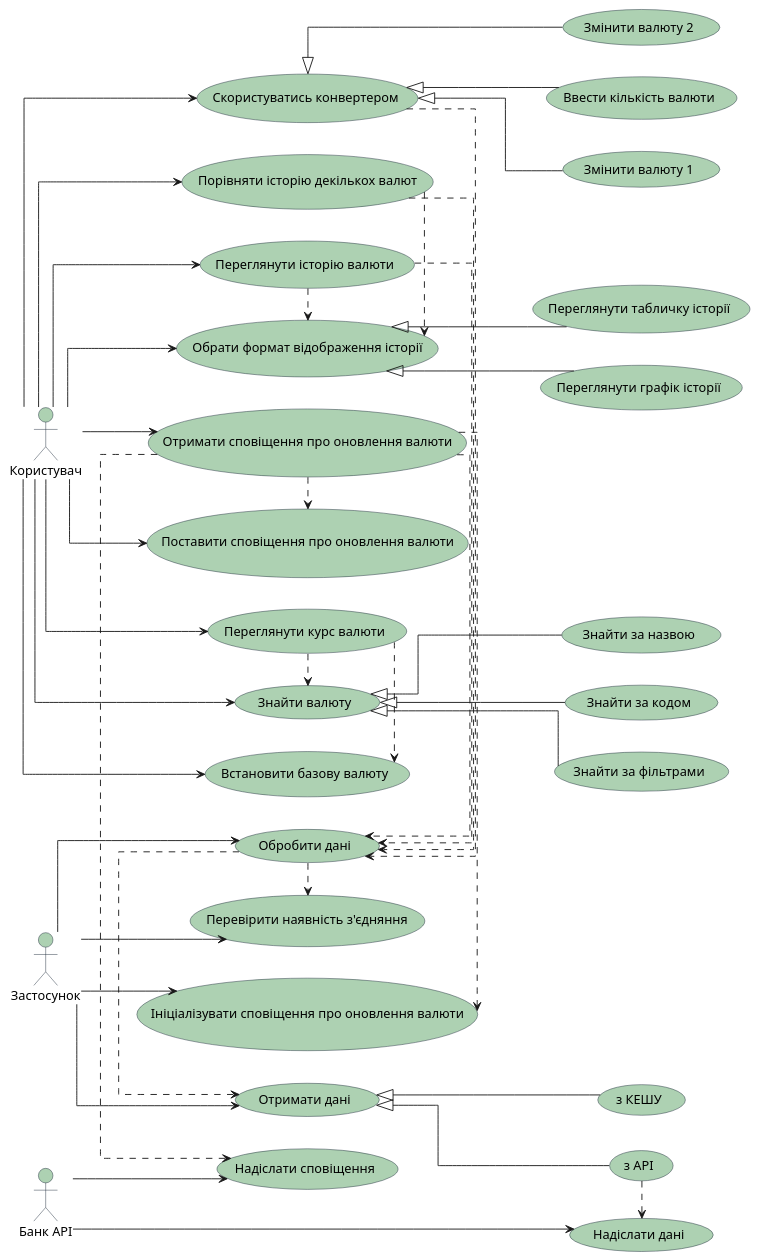
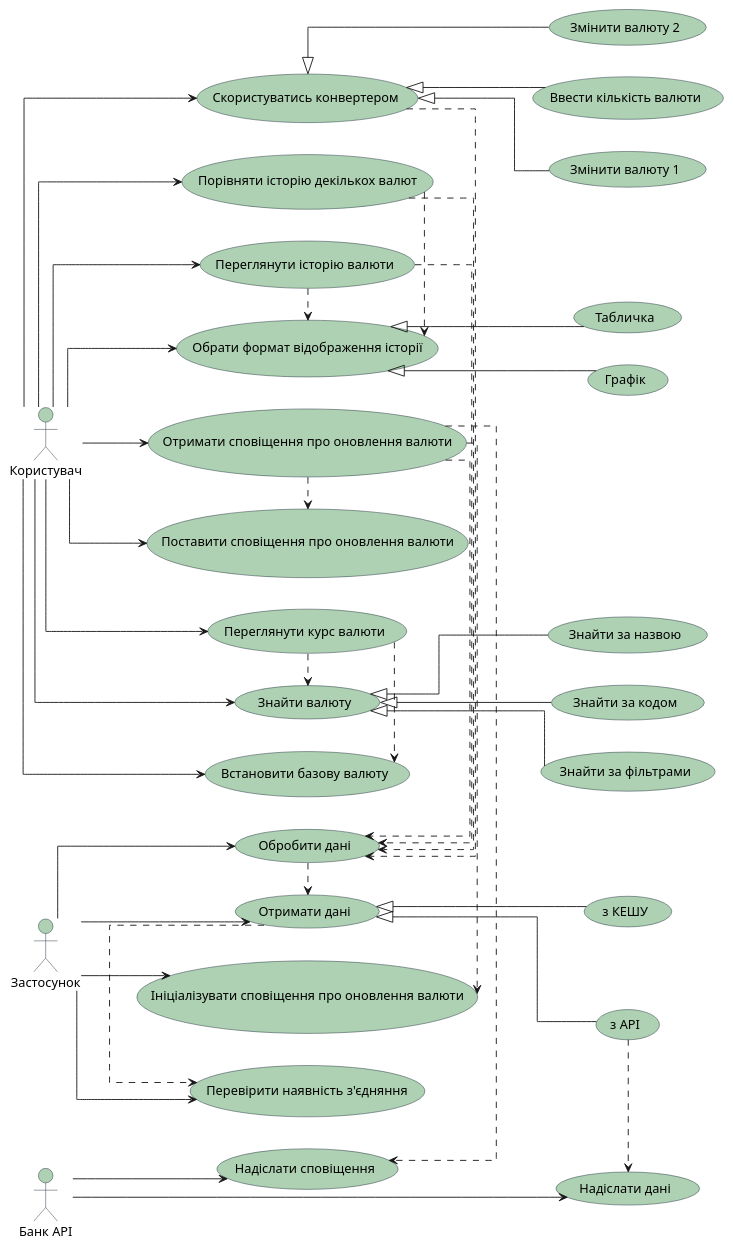
One commit to MihajloVat/KPI_labs_3_sem changed the diagram in lab2/UC/UC.puml. Above: the diagram before and after it, drawn with PlantUML. The commit also changed 2 other files, not shown here.

```diff
--- a/lab2/UC/UC.puml
+++ b/lab2/UC/UC.puml
@@ -1,93 +1,93 @@
 @startuml
 left to right direction
 skinparam packageStyle rectangle
 skinparam usecaseBorderColor #1D2A3B
 skinparam usecaseBackgroundColor #ADD1B2
 skinparam actorBorderColor #1D2A3B
 skinparam actorBackgroundColor #ADD1B2
 skinparam linetype ortho
 
 actor Користувач as User
 actor "Банк API" as BankAPI
 actor Застосунок as App
 
-(Знайти валюту) as FindCurrency
+(Знайти валюту) as FindCurr
 (Знайти за назвою) as FindByName
 (Знайти за кодом) as FindByCode
 (Знайти за фільтрами) as FindByFilters
-(Встановити базову валюту) as SetBaseCurrency
-(Переглянути курс валюти) as ViewCurrencyRate
+(Встановити базову валюту) as SetBaseCurr
+(Переглянути курс валюти) as ViewCurrRate
 (Скористуватись конвертером) as UseConverter
-(Змінити валюту 1) as ChangeCurrency1
-(Змінити валюту 2) as ChangeCurrency2
+(Змінити валюту 1) as ChangeCurr1
+(Змінити валюту 2) as ChangeCurr2
 (Ввести кількість валюти) as EnterAmount
 (Переглянути історію валюти) as ViewHistory
 (Порівняти історію декількох валют) as CompareHistory
 (Обрати формат відображення історії) as SelectHistoryFormat
-(Переглянути графік історії) as ViewChart
-(Переглянути табличку історії) as ViewTable
+(Графік) as Chart
+(Табличка) as Table
 (Поставити сповіщення про оновлення валюти) as SetAlert
 (Отримати сповіщення про оновлення валюти) as GetAlert
-
 (Надіслати дані) as SendData
-(Надіслати сповіщення) as SendNotification
+(Надіслати сповіщення) as SendNotif
 (Отримати дані) as GetData
 (Перевірити наявність з'єдняння) as CheckConnection
-(Обробити дані) as ProcessData
+(Обробити дані) as ProcData
 (Ініціалізувати сповіщення про оновлення валюти) as InitAlert
 (з АPI) as FromAPI
 (з КЕШУ) as FromCache
 
-User --> FindCurrency
-User --> SetBaseCurrency
-User --> ViewCurrencyRate
+User --> FindCurr
+User --> SetBaseCurr
+User --> ViewCurrRate
 User --> UseConverter
 User --> ViewHistory
 User --> CompareHistory
 User --> SelectHistoryFormat
 User --> SetAlert
 User --> GetAlert
 
 BankAPI --> SendData
-BankAPI --> SendNotification
+BankAPI --> SendNotif
 
 App --> GetData
 App --> CheckConnection
-App --> ProcessData
+App --> ProcData
 App --> InitAlert
 
-FindCurrency <|-- FindByName
-FindCurrency <|-- FindByCode
-FindCurrency <|-- FindByFilters
+FindCurr <|-- FindByName
+FindCurr <|-- FindByCode
+FindCurr <|-- FindByFilters
 
-UseConverter <|-- ChangeCurrency1
-UseConverter <|-- ChangeCurrency2
+UseConverter <|-- ChangeCurr1
+UseConverter <|-- ChangeCurr2
 UseConverter <|-- EnterAmount
 
-SelectHistoryFormat <|-- ViewChart
-SelectHistoryFormat <|-- ViewTable
+SelectHistoryFormat <|-- Chart
+SelectHistoryFormat <|-- Table
 
 GetData <|-- FromAPI
 GetData <|-- FromCache
 
-ViewCurrencyRate .> FindCurrency
-ViewCurrencyRate .> SetBaseCurrency
+ViewCurrRate .> FindCurr
+ViewCurrRate .> SetBaseCurr
 
-UseConverter .> ProcessData
-CompareHistory .> ProcessData
-ViewHistory .> ProcessData
-GetAlert .> ProcessData
+UseConverter .> ProcData
+CompareHistory .> ProcData
+ViewHistory .> ProcData
+GetAlert .> ProcData
 
 ViewHistory .> SelectHistoryFormat
 CompareHistory .> SelectHistoryFormat
 
-GetAlert .> SendNotification
+GetAlert .> SendNotif
 GetAlert .> SetAlert
 GetAlert .> InitAlert
 
 FromAPI .> SendData
 
-ProcessData .> GetData
-ProcessData .> CheckConnection
+ProcData .> GetData
+
+GetData .> CheckConnection
 
 @enduml
```
